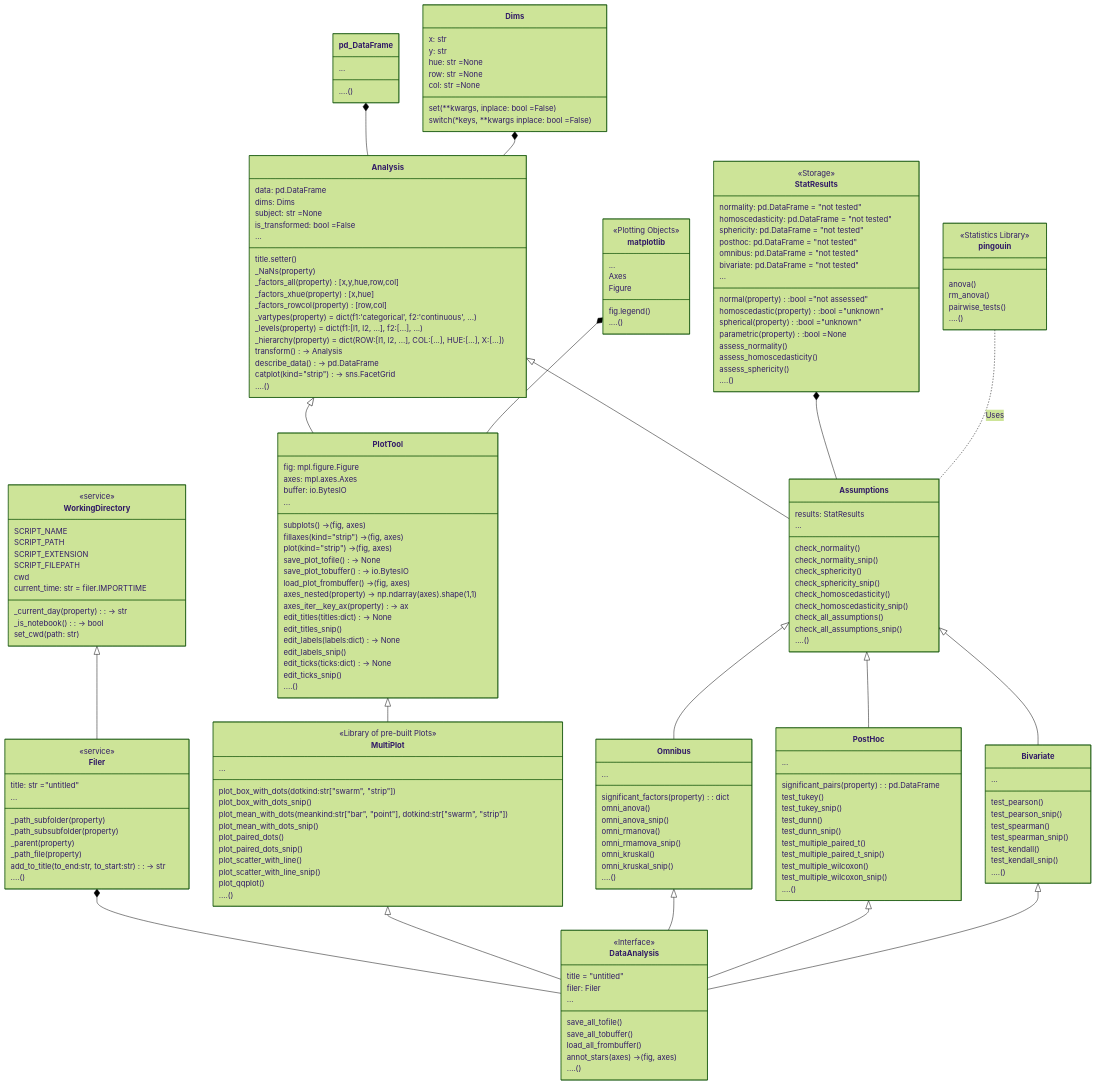
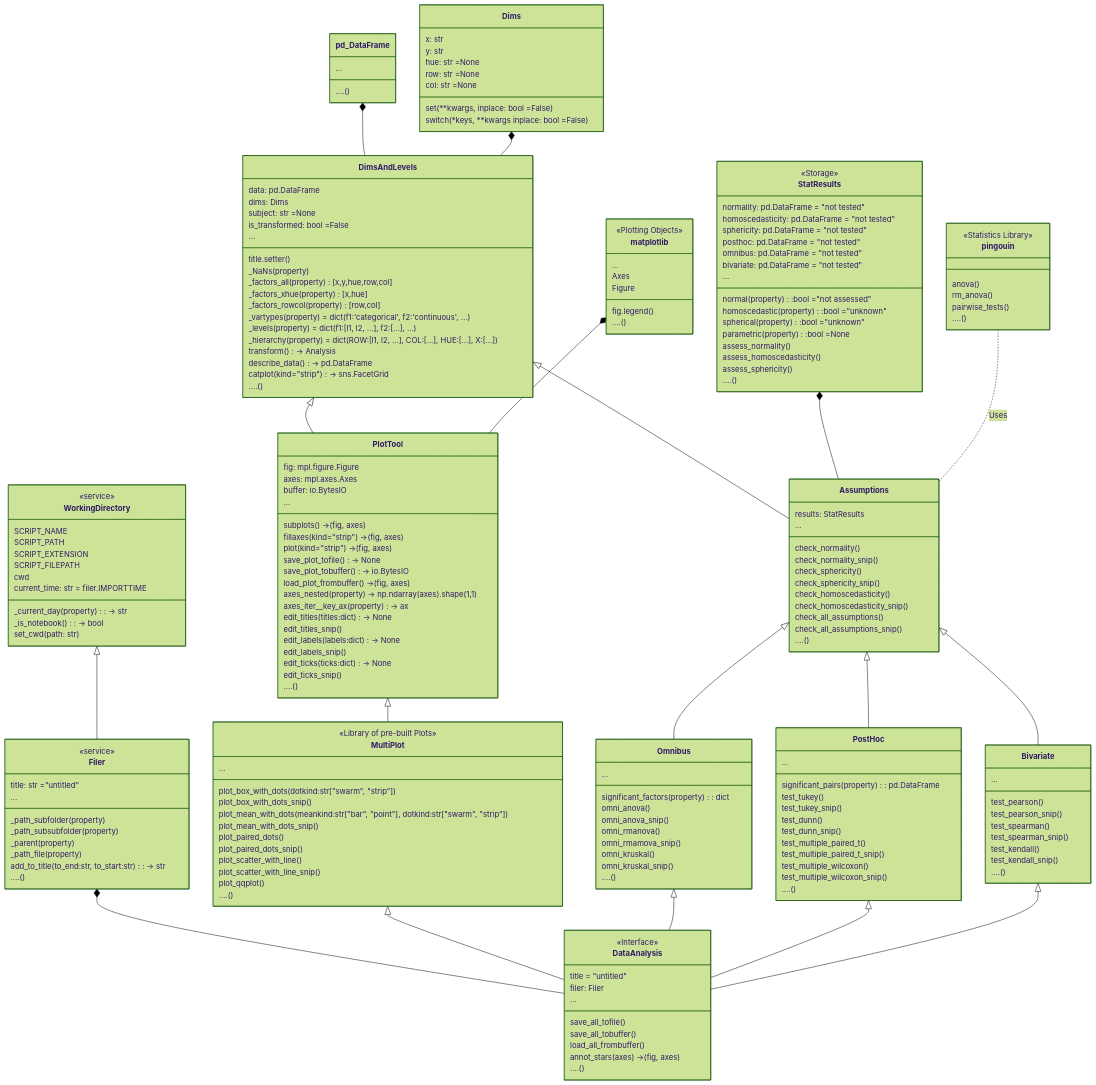
The first of 2 diagrams in README.md (markur4/plotastic), drawn with Mermaid (forest theme) before and after one commit. The commit also changed 1 other file, not shown here.

Commit message:
changes to readme

```diff
--- a/README.md
+++ b/README.md
@@ -151,7 +151,7 @@
       switch(*keys, **kwargs inplace: bool =False)
    }
 
-   class Analysis {
+   class DimsAndLevels {
 
       data: pd.DataFrame
       dims: Dims
@@ -173,18 +173,18 @@
       catplot(kind="strip") -> sns.FacetGrid
       ....()
    }
-   click Analysis href "https://github.com/markur4/plotastic/blob/main/plotastic/analysis.py" "analysis.py"
+   click DimsAndLevels href "https://github.com/markur4/plotastic/blob/main/plotastic/DimsAndLevels.py" "DimsAndLevels.py"
   
-   pd_DataFrame *-- Analysis
-   Dims *-- Analysis
+   pd_DataFrame *-- DimsAndLevels
+   Dims *-- DimsAndLevels
 
 
 
-   Analysis <|-- PlotTool
+   DimsAndLevels <|-- PlotTool
    %%Analysis <|-- Assumptions
    %%Analysis <|-- Omnibus
    %%Analysis <|-- PostHoc
-   Analysis <|-- Assumptions
+   DimsAndLevels <|-- Assumptions
 
 
    %% STATISTICS #......................................................................................
```
